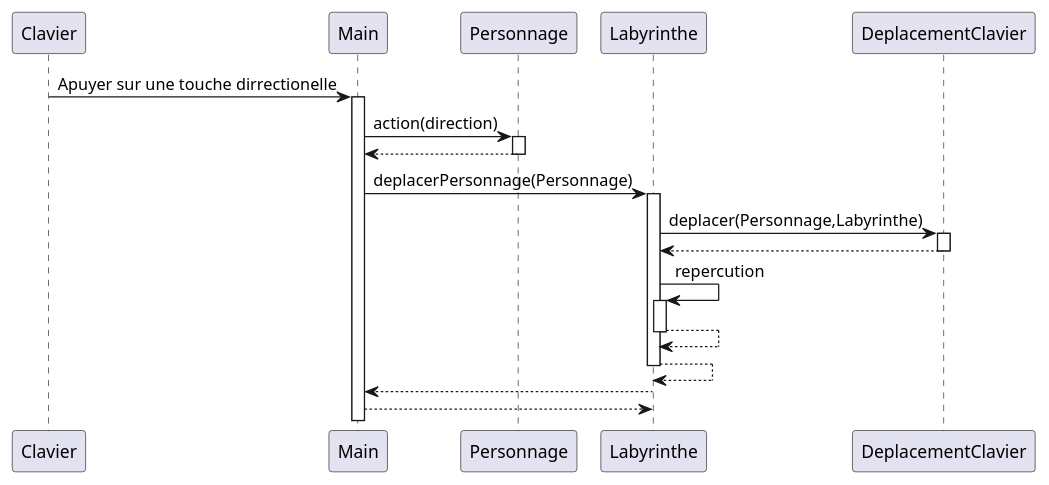
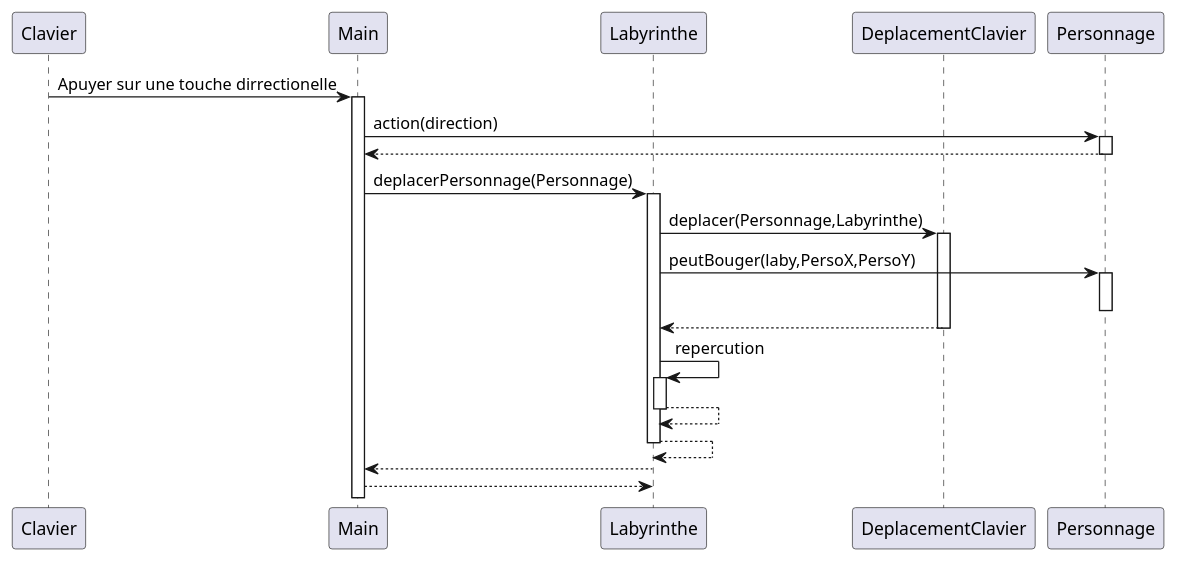
One commit to LukaSalvo/SAE2024 changed the diagram in zeldiablo/documents/version_4/diag_deplacementClavier.puml. Above: the diagram before and after it, drawn with PlantUML. The commit also changed 1 other file, not shown here.

```diff
--- a/zeldiablo/documents/version_4/diag_deplacementClavier.puml
+++ b/zeldiablo/documents/version_4/diag_deplacementClavier.puml
@@ -1,24 +1,33 @@
 @startuml
 participant Clavier
+participant Main
+Participant Labyrinthe
+Participant DeplacementClavier
 Clavier -> Main : Apuyer sur une touche dirrectionelle
 activate Main
 Main -> Personnage : action(direction)
 activate Personnage
 Personnage --> Main
 deactivate Personnage
 Main -> Labyrinthe : deplacerPersonnage(Personnage)
 activate Labyrinthe
+
 Labyrinthe -> DeplacementClavier : deplacer(Personnage,Labyrinthe)
 activate DeplacementClavier
+Labyrinthe -> Personnage : peutBouger(laby,PersoX,PersoY)
+activate Personnage
+
+deactivate Personnage
+
 DeplacementClavier --> Labyrinthe
 deactivate DeplacementClavier
 Labyrinthe -> Labyrinthe : repercution
 activate Labyrinthe
 Labyrinthe --> Labyrinthe
 deactivate Labyrinthe
 Labyrinthe --> Labyrinthe
 deactivate Labyrinthe
 Labyrinthe --> Main
 deactivate Labyrinthe
 return
 @enduml
```
